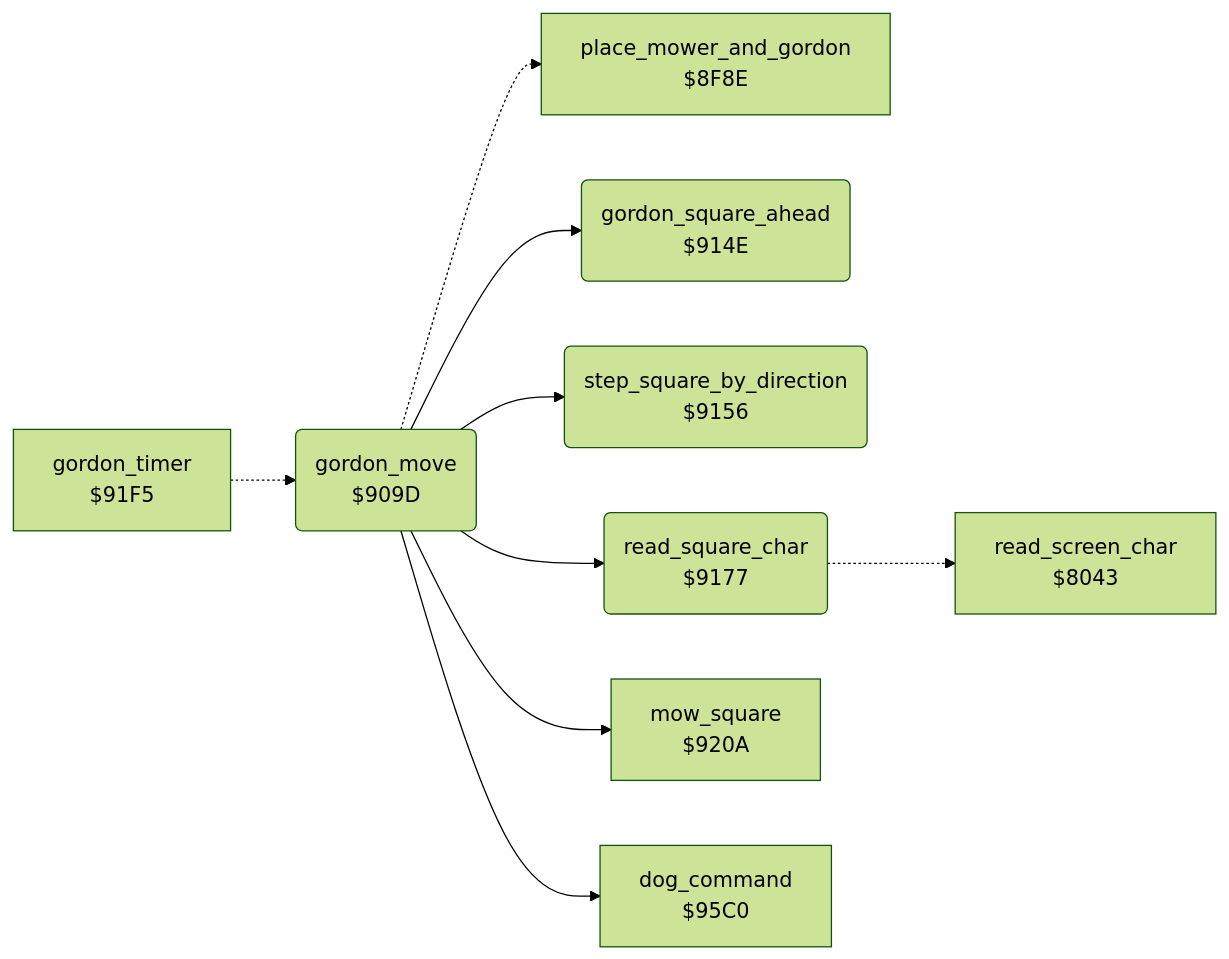
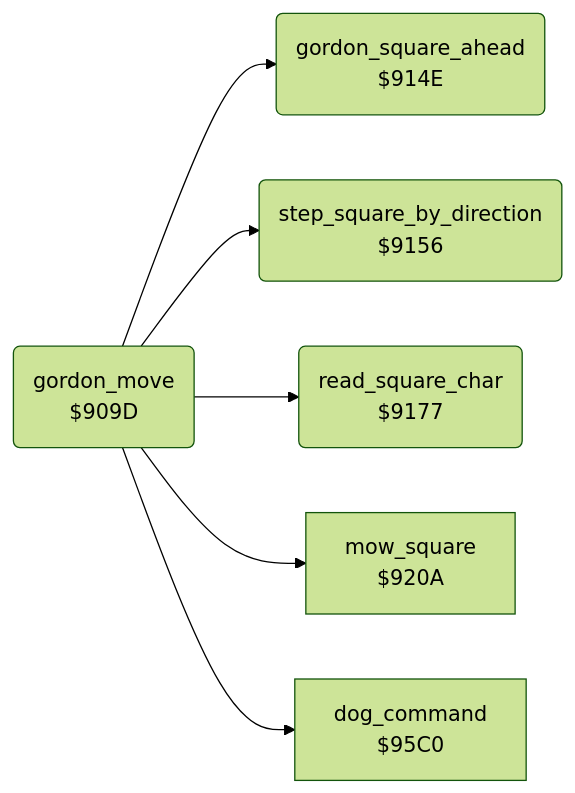
Before and after one commit to henols/c64_games: the diagram in hover_bovver/docs/reference/modules/player/gordon_move.md, drawn with Mermaid (forest theme). The commit also changed other lines of this file and 1100 other files, not shown here.

````diff
--- a/hover_bovver/docs/reference/modules/player/gordon_move.md
+++ b/hover_bovver/docs/reference/modules/player/gordon_move.md
@@ -10,20 +21,14 @@
 ```mermaid
 flowchart LR
-  n8043["read_screen_char<br/>$8043"]
-  n8f8e["place_mower_and_gordon<br/>$8F8E"]
   n909d("gordon_move<br/>$909D")
   n914e("gordon_square_ahead<br/>$914E")
   n9156("step_square_by_direction<br/>$9156")
   n9177("read_square_char<br/>$9177")
-  n91f5["gordon_timer<br/>$91F5"]
   n920a["mow_square<br/>$920A"]
   n95c0["dog_command<br/>$95C0"]
-  n909d -.-> n8f8e
   n909d --> n914e
   n909d --> n9156
   n909d --> n9177
   n909d --> n920a
   n909d --> n95c0
-  n9177 -.-> n8043
-  n91f5 -.-> n909d
 ```
````
